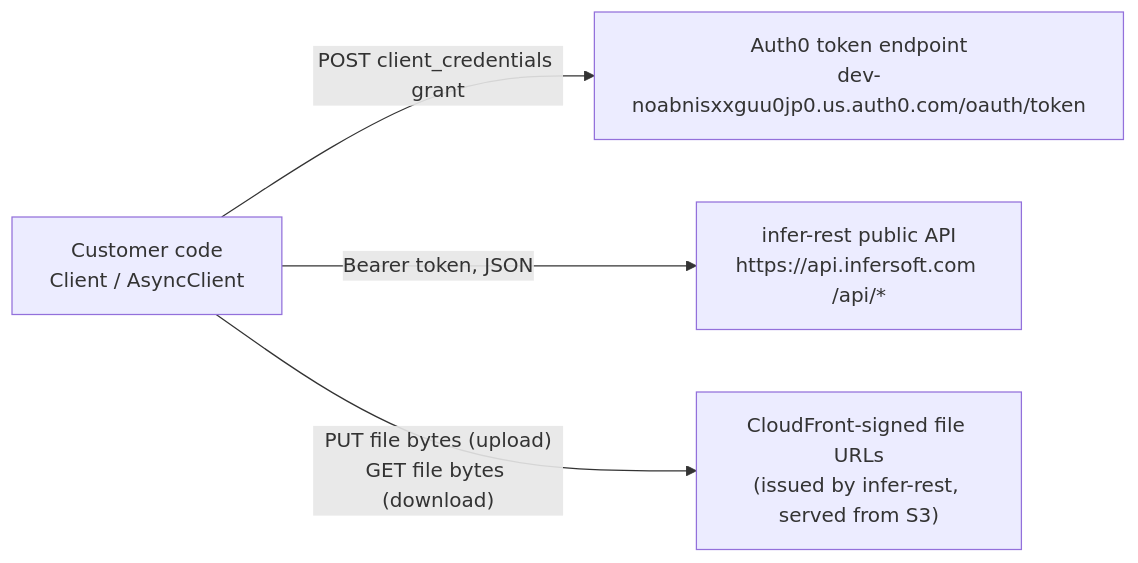
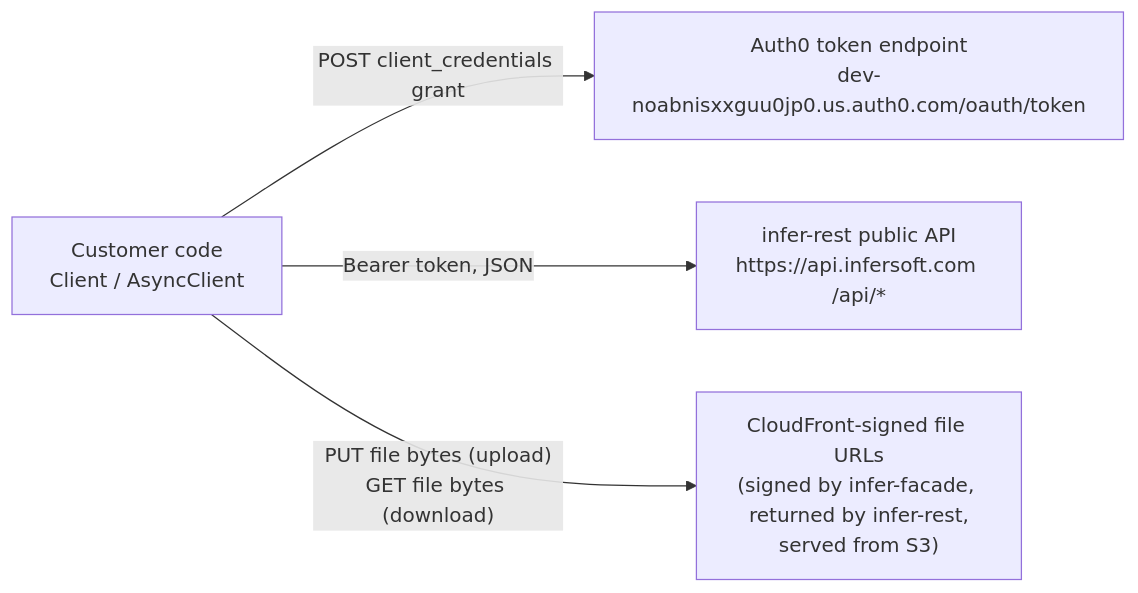
One commit to InferSoft-inc/infer-python changed the first of 2 diagrams in docs/MAINTAINING.md. Above: the diagram before and after it, drawn with Mermaid. The commit also changed other lines of this file and 3 other files, not shown here.

````diff
--- a/docs/MAINTAINING.md
+++ b/docs/MAINTAINING.md
@@ -9,10 +9,10 @@
 ```mermaid
 flowchart LR
     app["Customer code<br/>Client / AsyncClient"]
     auth0["Auth0 token endpoint<br/>dev-noabnisxxguu0jp0.us.auth0.com/oauth/token"]
     rest["infer-rest public API<br/>https://api.infersoft.com /api/*"]
-    s3["CloudFront-signed file URLs<br/>(issued by infer-rest, served from S3)"]
+    s3["CloudFront-signed file URLs<br/>(signed by infer-facade, returned by infer-rest,<br/>served from S3)"]
     app -->|"POST client_credentials grant"| auth0
     app -->|"Bearer token, JSON"| rest
     app -->|"PUT file bytes (upload)<br/>GET file bytes (download)"| s3
 ```
````
